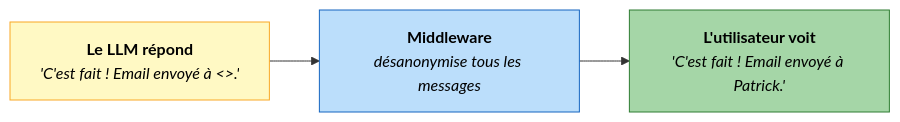
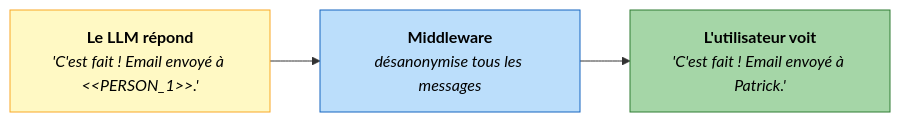
The fourth of 4 diagrams in docs/fr/examples/langchain.md (Athroniaeth/piighost), drawn with Mermaid before and after one commit. The commit also changed other lines of this file and 1 other file, not shown here.

First line of the commit message:
docs(langchain): escape angle brackets in Mermaid placeholders

````diff
--- a/docs/fr/examples/langchain.md
+++ b/docs/fr/examples/langchain.md
@@ -212,15 +212,15 @@
 ```mermaid
 flowchart LR
     classDef user fill:#A5D6A7,stroke:#2E7D32,color:#000
     classDef mw fill:#BBDEFB,stroke:#1565C0,color:#000
     classDef llm fill:#FFF9C4,stroke:#F9A825,color:#000
 
     L["`**Le LLM répond**
-    _'C'est fait ! Email envoyé à <<PERSON_1>>.'_`"]:::llm
+    _'C'est fait ! Email envoyé à &lt;&lt;PERSON_1&gt;&gt;.'_`"]:::llm
     M["`**Middleware**
     _désanonymise tous les messages_`"]:::mw
     U["`**L'utilisateur voit**
     _'C'est fait ! Email envoyé à Patrick.'_`"]:::user
 
     L --> M --> U
 ```
````
